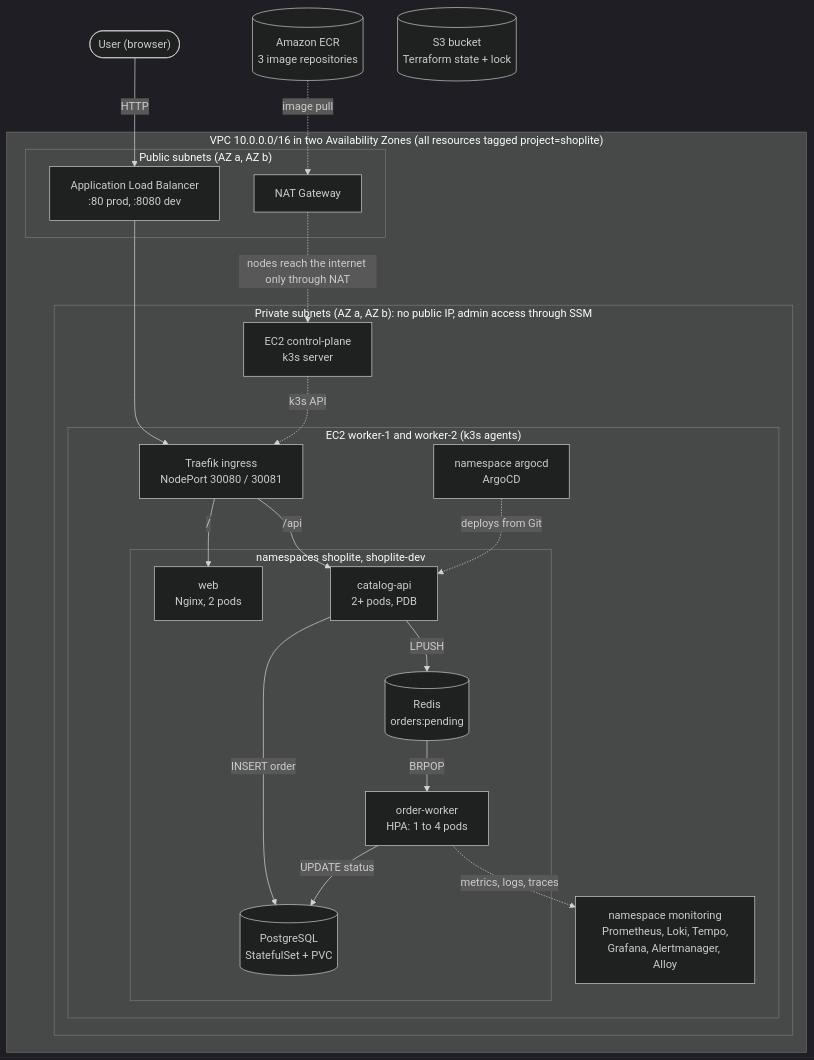
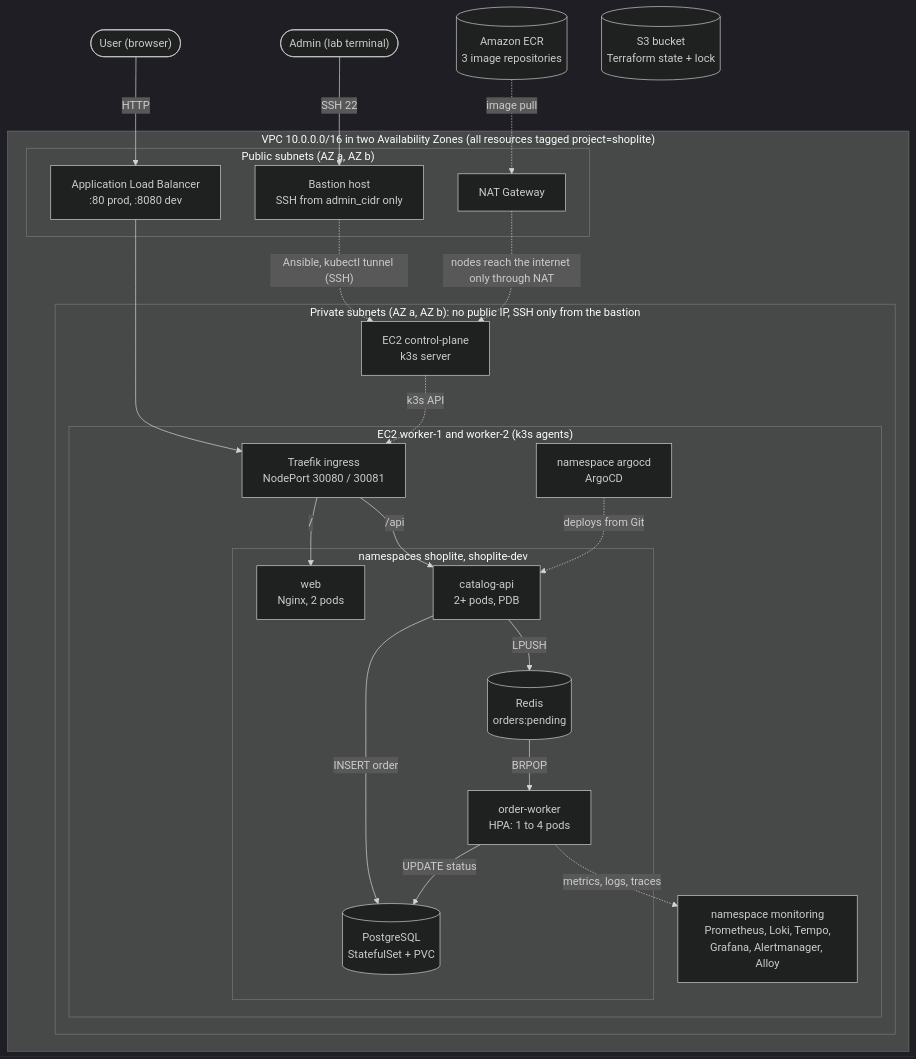
Before and after one commit to SaikatGeek/shoplite-app: the first of 3 diagrams in docs/architecture-diagram.md, drawn with Mermaid (dark theme). The commit also changed other lines of this file and 4 other files, not shown here.

````diff
--- a/docs/architecture-diagram.md
+++ b/docs/architecture-diagram.md
@@ -15,42 +15,46 @@
 ```mermaid
 flowchart TB
     user(["User (browser)"])
+    admin(["Admin (lab terminal)"])
     ecr[("Amazon ECR<br/>3 image repositories")]
     s3[("S3 bucket<br/>Terraform state + lock")]
 
     subgraph vpc["VPC 10.0.0.0/16 in two Availability Zones (all resources tagged project=shoplite)"]
         subgraph pub["Public subnets (AZ a, AZ b)"]
             alb["Application Load Balancer<br/>:80 prod, :8080 dev"]
             nat["NAT Gateway"]
+            bastion["Bastion host<br/>SSH from admin_cidr only"]
         end
-        subgraph priv["Private subnets (AZ a, AZ b): no public IP, admin access through SSM"]
+        subgraph priv["Private subnets (AZ a, AZ b): no public IP, SSH only from the bastion"]
             cp["EC2 control-plane<br/>k3s server"]
             subgraph workers["EC2 worker-1 and worker-2 (k3s agents)"]
                 traefik["Traefik ingress<br/>NodePort 30080 / 30081"]
                 argo["namespace argocd<br/>ArgoCD"]
                 subgraph shop["namespaces shoplite, shoplite-dev"]
                     web["web<br/>Nginx, 2 pods"]
                     api["catalog-api<br/>2+ pods, PDB"]
                     redis[("Redis<br/>orders:pending")]
                     worker["order-worker<br/>HPA: 1 to 4 pods"]
                     pg[("PostgreSQL<br/>StatefulSet + PVC")]
                 end
                 mon["namespace monitoring<br/>Prometheus, Loki, Tempo,<br/>Grafana, Alertmanager, Alloy"]
             end
         end
     end
 
     user -- "HTTP" --> alb
+    admin -- "SSH 22" --> bastion
+    bastion -. "Ansible, kubectl tunnel (SSH)" .-> cp
     alb --> traefik
     traefik -- "/" --> web
     traefik -- "/api" --> api
     api -- "INSERT order" --> pg
     api -- "LPUSH" --> redis
     redis -- "BRPOP" --> worker
     worker -- "UPDATE status" --> pg
     ecr -. "image pull" .-> nat
     nat -. "nodes reach the internet only through NAT" .-> cp
     cp -. "k3s API" .-> traefik
     argo -. "deploys from Git" .-> api
     worker -. "metrics, logs, traces" .-> mon
 ```
````
